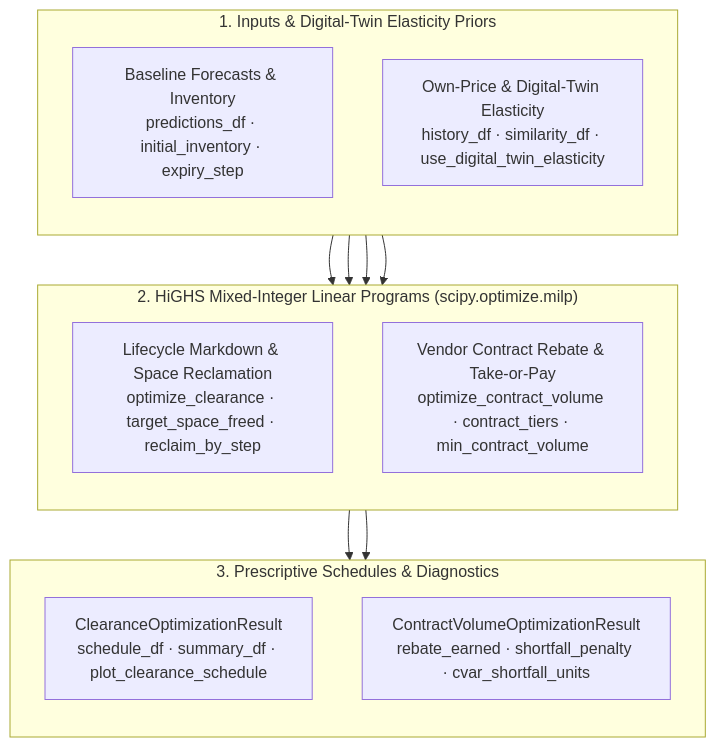
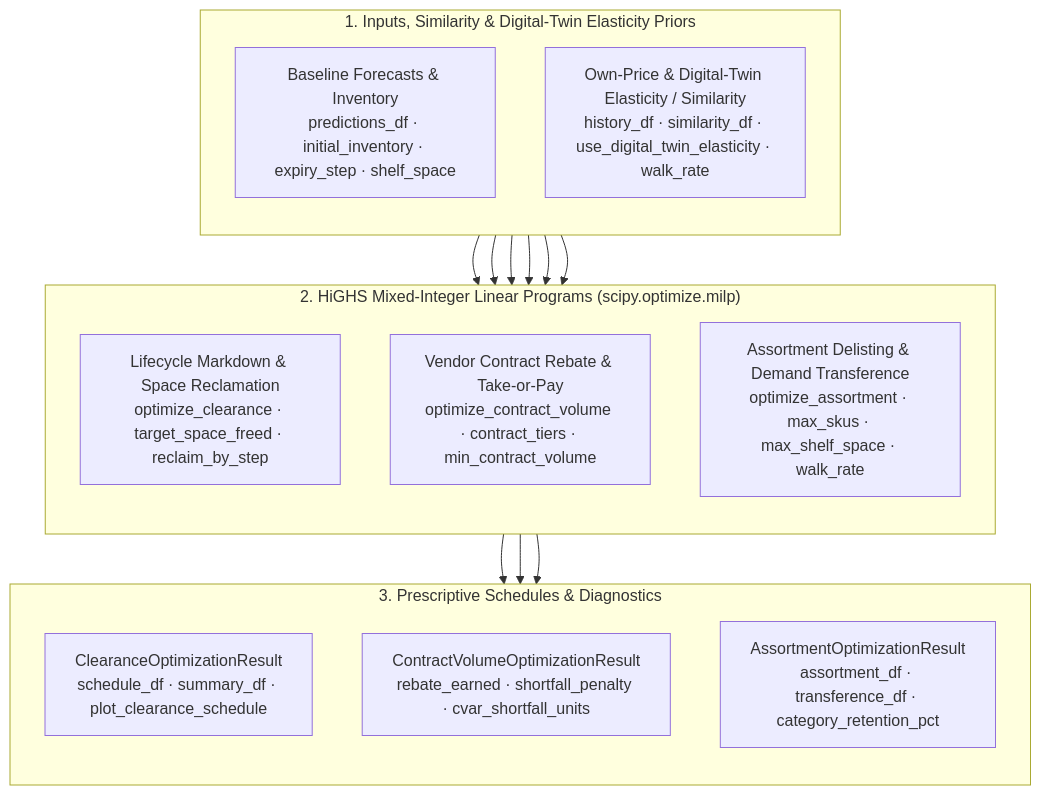
One commit to statmike/scale-forecasting changed the diagram in docs/api/clearance_optimizer.md. Above: the diagram before and after it, drawn with Mermaid. The commit also changed other lines of this file and 30 other files, not shown here.

````diff
--- a/docs/api/clearance_optimizer.md
+++ b/docs/api/clearance_optimizer.md
@@ -3,21 +3,24 @@
 ```mermaid
 flowchart TD
-    subgraph Inputs["1. Inputs & Digital-Twin Elasticity Priors"]
+    subgraph Inputs["1. Inputs, Similarity & Digital-Twin Elasticity Priors"]
         direction TB
-        C1["Baseline Forecasts & Inventory<br/>predictions_df · initial_inventory · expiry_step"]
-        C2["Own-Price & Digital-Twin Elasticity<br/>history_df · similarity_df · use_digital_twin_elasticity"]
+        C1["Baseline Forecasts & Inventory<br/>predictions_df · initial_inventory · expiry_step · shelf_space"]
+        C2["Own-Price & Digital-Twin Elasticity / Similarity<br/>history_df · similarity_df · use_digital_twin_elasticity · walk_rate"]
     end
     subgraph Solvers["2. HiGHS Mixed-Integer Linear Programs (scipy.optimize.milp)"]
         direction TB
         S1["Lifecycle Markdown & Space Reclamation<br/>optimize_clearance · target_space_freed · reclaim_by_step"]
         S2["Vendor Contract Rebate & Take-or-Pay<br/>optimize_contract_volume · contract_tiers · min_contract_volume"]
+        S3["Assortment Delisting & Demand Transference<br/>optimize_assortment · max_skus · max_shelf_space · walk_rate"]
     end
     subgraph Outputs["3. Prescriptive Schedules & Diagnostics"]
         direction TB
         O1["ClearanceOptimizationResult<br/>schedule_df · summary_df · plot_clearance_schedule"]
         O2["ContractVolumeOptimizationResult<br/>rebate_earned · shortfall_penalty · cvar_shortfall_units"]
+        O3["AssortmentOptimizationResult<br/>assortment_df · transference_df · category_retention_pct"]
     end
-    C1 & C2 --> S1 & S2
+    C1 & C2 --> S1 & S2 & S3
     S1 --> O1
     S2 --> O2
+    S3 --> O3
 ```
````
